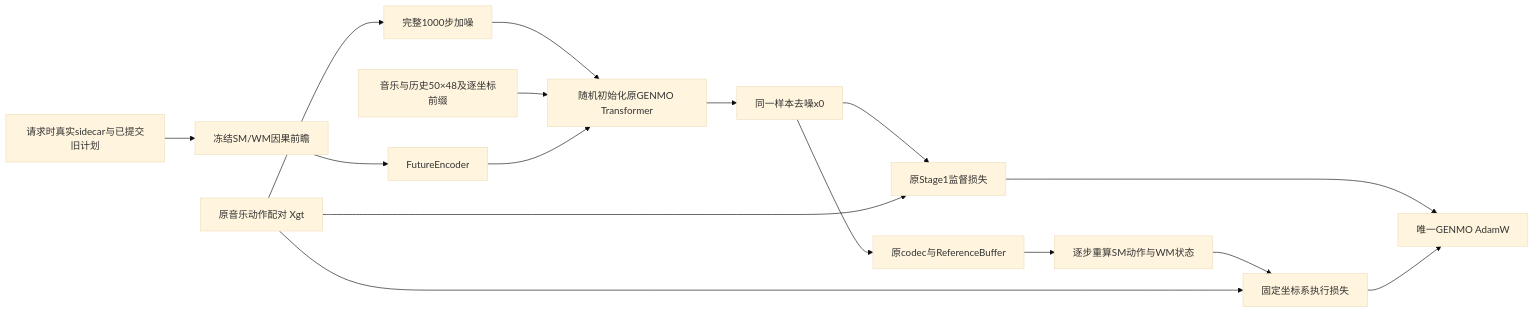
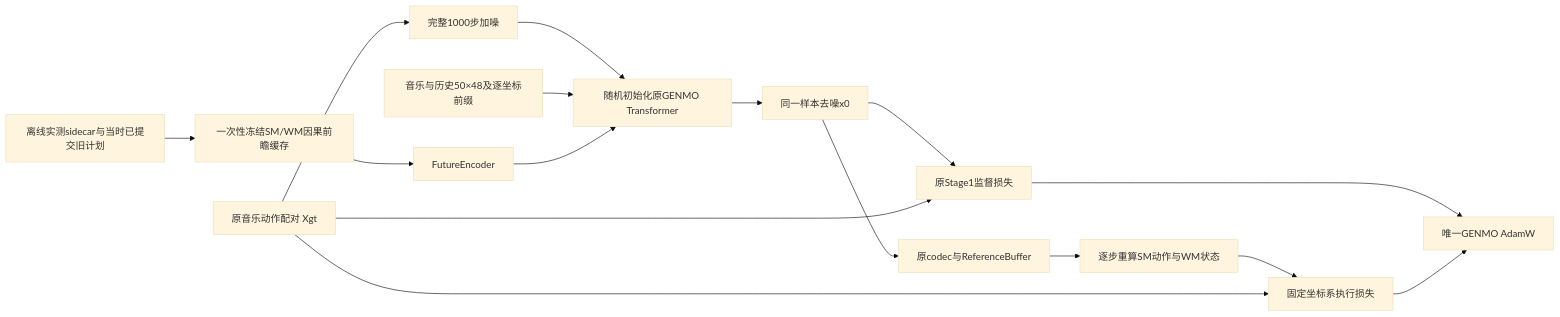
The diagram in docs/closedloop/joint_physics_from_scratch.md (XiaoxiaoKuankuan/GENMO), drawn with Mermaid (base theme) before and after one commit. The commit also changed other lines of this file and 16 other files, not shown here.

````diff
--- a/docs/closedloop/joint_physics_from_scratch.md
+++ b/docs/closedloop/joint_physics_from_scratch.md
@@ -16,18 +21,18 @@
 ```mermaid
 flowchart LR
   D[原音乐动作配对 Xgt] --> N[完整1000步加噪]
   N --> A[随机初始化原GENMO Transformer]
   C[音乐与历史50×48及逐坐标前缀] --> A
-  S[请求时真实sidecar与已提交旧计划] --> F[冻结SM/WM因果前瞻]
+  S[离线实测sidecar与当时已提交旧计划] --> F[一次性冻结SM/WM因果前瞻缓存]
   F --> E[FutureEncoder]
   E --> A
   A --> X[同一样本去噪x0]
   X --> L[原Stage1监督损失]
   D --> L
   X --> P[原codec与ReferenceBuffer]
   P --> W[逐步重算SM动作与WM状态]
   W --> Q[固定坐标系执行损失]
   D --> Q
   L --> O[唯一GENMO AdamW]
   Q --> O
 ```
````
